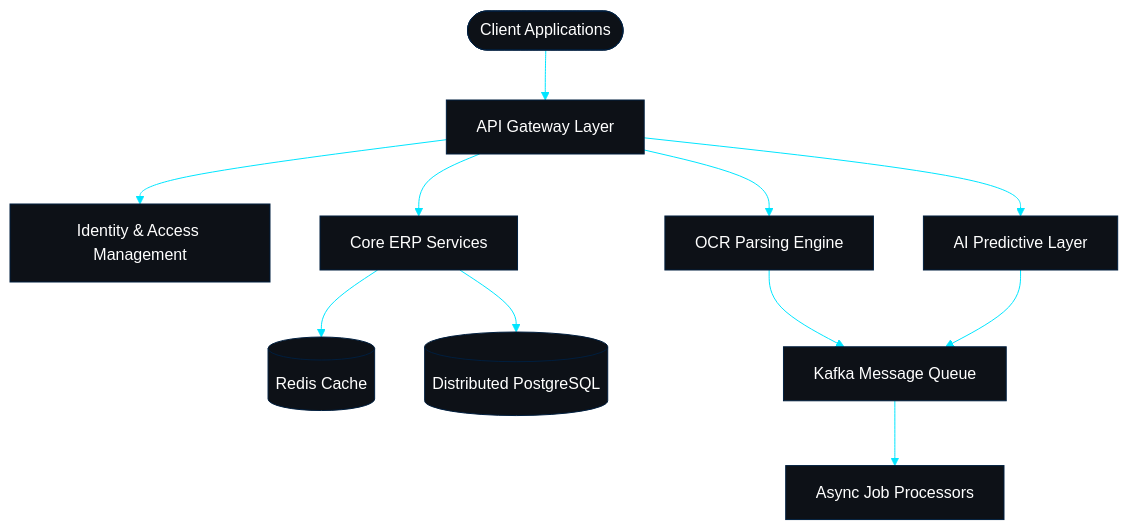
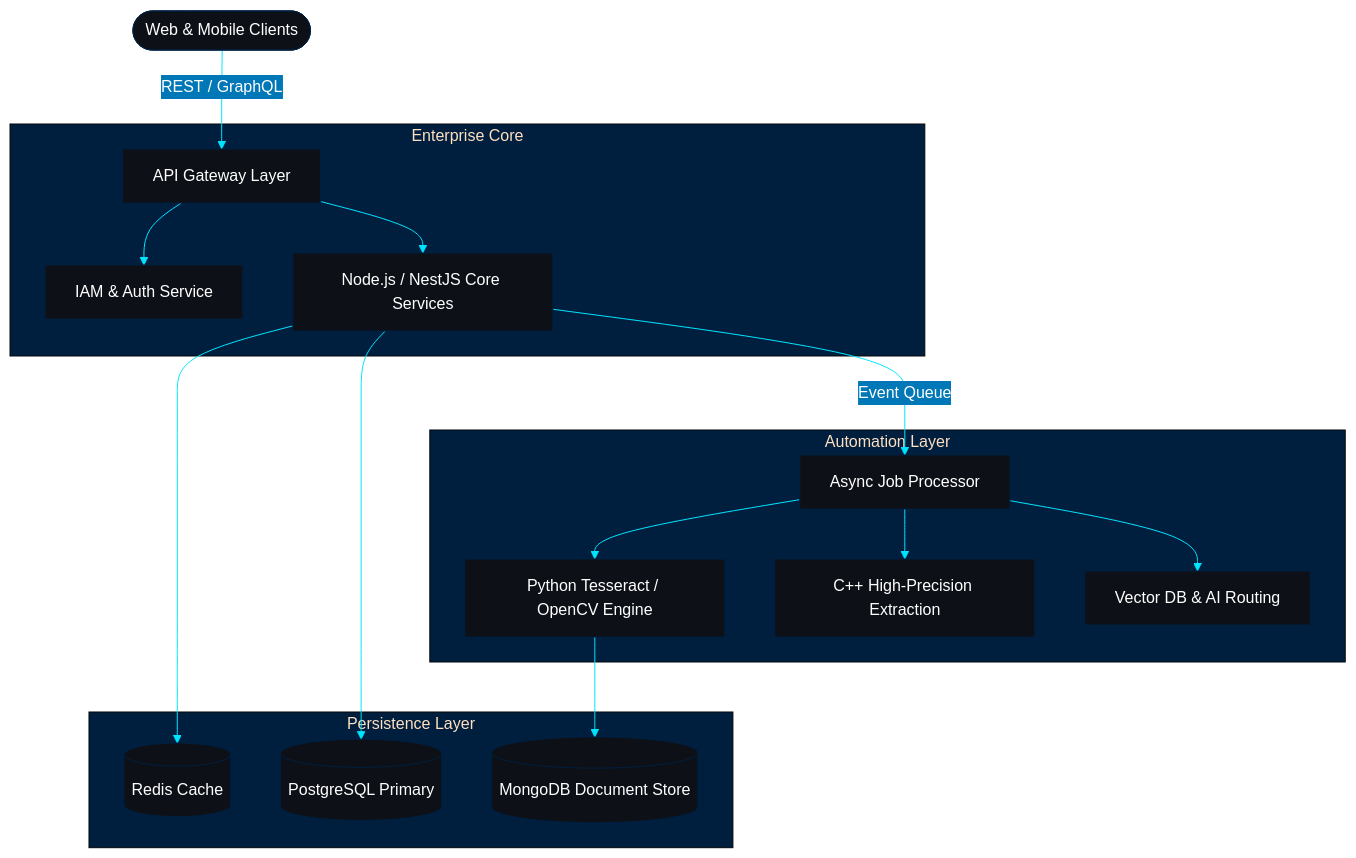
One commit to mghalaosimi-web/mghalaosimi-web changed the diagram in README.md. Above: the diagram before and after it, drawn with Mermaid. The commit also changed other lines of this file, not shown here.

````diff
--- a/README.md
+++ b/README.md
@@ -105,14 +9,23 @@
 ```mermaid
 %%{init: {'theme': 'base', 'themeVariables': { 'primaryColor': '#0D1117', 'primaryTextColor': '#FFFFFF', 'primaryBorderColor': '#001F3F', 'lineColor': '#00E5FF', 'secondaryColor': '#0077B6', 'tertiaryColor': '#001F3F', 'fontFamily': 'Inter, sans-serif'}}}%%
 graph TD
-    Client([Client Applications]) --> Gateway[API Gateway Layer]
-    Gateway --> Auth[Identity & Access Management]
-    Gateway --> Core[Core ERP Services]
-    Gateway --> OCR[OCR Parsing Engine]
-    Gateway --> AI[AI Predictive Layer]
-    Core --> Cache[(Redis Cache)]
-    Core --> DB[(Distributed PostgreSQL)]
-    OCR --> MQ[Kafka Message Queue]
-    AI --> MQ
-    MQ --> Async[Async Job Processors]
+    Client([Web & Mobile Clients]) -->|REST / GraphQL| Gateway[API Gateway Layer]
+    
+    subgraph Enterprise Core
+        Gateway --> Auth[IAM & Auth Service]
+        Gateway --> NodeApp[Node.js / NestJS Core Services]
+    end
+
+    subgraph Automation Layer
+        NodeApp -->|Event Queue| Worker[Async Job Processor]
+        Worker --> PythonOCR[Python Tesseract / OpenCV Engine]
+        Worker --> CppCore[C++ High-Precision Extraction]
+        Worker --> AI[Vector DB & AI Routing]
+    end
+
+    subgraph Persistence Layer
+        NodeApp --> Cache[(Redis Cache)]
+        NodeApp --> DB[(PostgreSQL Primary)]
+        PythonOCR --> Mongo[(MongoDB Document Store)]
+    end
 ```
````
